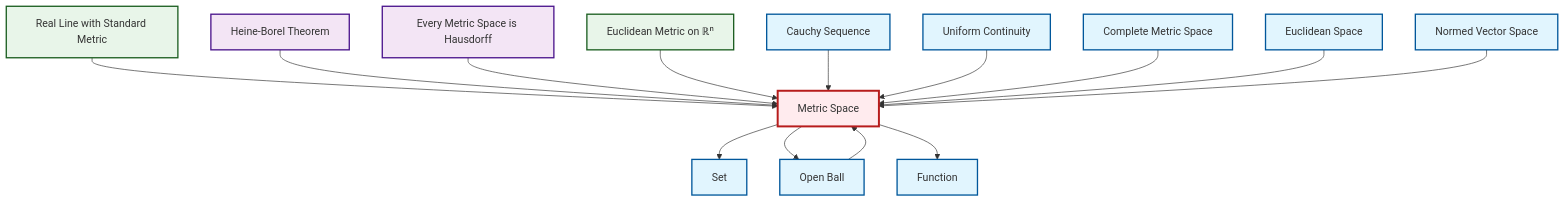
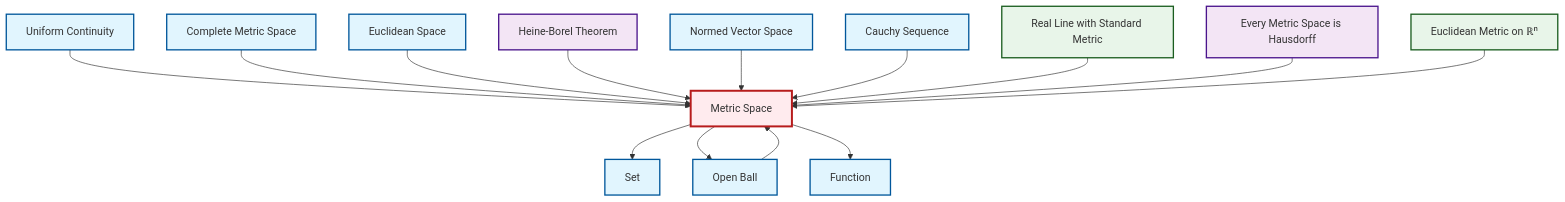
The diagram in output/mermaid/en/def-metric-space.mermaid (RK0429/ModernMath), drawn with Mermaid before and after one commit. The commit also changed other lines of this file and 3102 other files, not shown here.

```diff
--- a/output/mermaid/en/def-metric-space.mermaid
+++ b/output/mermaid/en/def-metric-space.mermaid
@@ -1,33 +1,33 @@
 graph TD
     classDef definition fill:#e1f5fe,stroke:#01579b,stroke-width:2px
     classDef theorem fill:#f3e5f5,stroke:#4a148c,stroke-width:2px
     classDef axiom fill:#fff3e0,stroke:#e65100,stroke-width:2px
     classDef example fill:#e8f5e9,stroke:#1b5e20,stroke-width:2px
     classDef current fill:#ffebee,stroke:#b71c1c,stroke-width:3px
+    def-function["Function"]:::definition
+    thm-heine-borel["Heine-Borel Theorem"]:::theorem
+    def-uniform-continuity["Uniform Continuity"]:::definition
+    ex-real-line-metric["Real Line with Standard Metric"]:::example
     ex-euclidean-metric["Euclidean Metric on ℝⁿ"]:::example
+    def-open-ball["Open Ball"]:::definition
+    def-set["Set"]:::definition
     def-euclidean-space["Euclidean Space"]:::definition
+    def-cauchy-sequence["Cauchy Sequence"]:::definition
     def-metric-space["Metric Space"]:::definition
-    def-uniform-continuity["Uniform Continuity"]:::definition
+    def-complete-metric-space["Complete Metric Space"]:::definition
     def-normed-vector-space["Normed Vector Space"]:::definition
-    def-function["Function"]:::definition
     thm-metric-hausdorff["Every Metric Space is Hausdorff"]:::theorem
-    def-open-ball["Open Ball"]:::definition
-    thm-heine-borel["Heine-Borel Theorem"]:::theorem
-    def-complete-metric-space["Complete Metric Space"]:::definition
-    def-set["Set"]:::definition
-    def-cauchy-sequence["Cauchy Sequence"]:::definition
-    ex-real-line-metric["Real Line with Standard Metric"]:::example
+    def-open-ball --> def-metric-space
+    def-uniform-continuity --> def-metric-space
+    def-metric-space --> def-set
+    def-complete-metric-space --> def-metric-space
+    def-euclidean-space --> def-metric-space
+    thm-heine-borel --> def-metric-space
+    def-normed-vector-space --> def-metric-space
+    def-cauchy-sequence --> def-metric-space
+    def-metric-space --> def-open-ball
     ex-real-line-metric --> def-metric-space
-    def-metric-space --> def-set
-    thm-heine-borel --> def-metric-space
     thm-metric-hausdorff --> def-metric-space
     ex-euclidean-metric --> def-metric-space
-    def-cauchy-sequence --> def-metric-space
-    def-uniform-continuity --> def-metric-space
-    def-complete-metric-space --> def-metric-space
-    def-open-ball --> def-metric-space
-    def-metric-space --> def-open-ball
-    def-euclidean-space --> def-metric-space
-    def-normed-vector-space --> def-metric-space
     def-metric-space --> def-function
     class def-metric-space current
```
